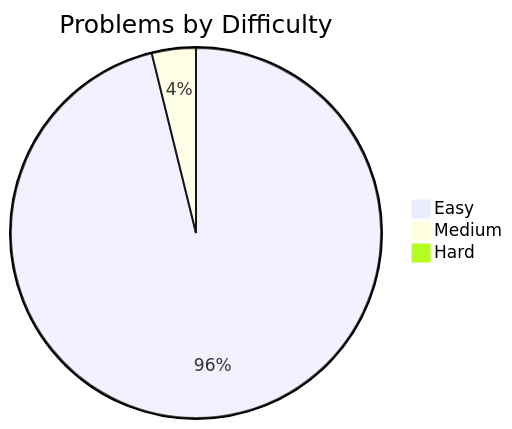
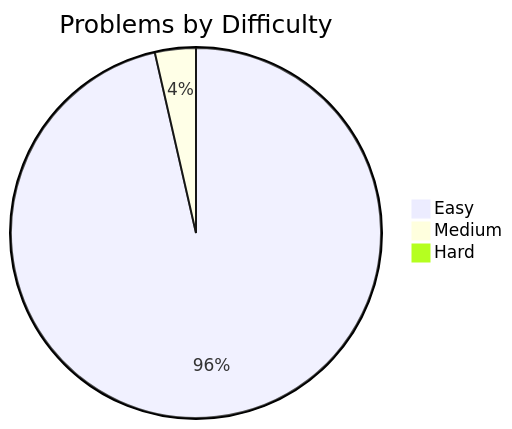
Before and after one commit to davelin18yufan/leetcode-journal: the diagram in README.md, drawn with Mermaid. The commit also changed other lines of this file and 7 other files, not shown here.

````diff
--- a/README.md
+++ b/README.md
@@ -7,7 +7,7 @@
 ```mermaid
 pie
     title Problems by Difficulty
-    "Easy" : 25
+    "Easy" : 27
     "Medium" : 1
     "Hard" : 0
 ```
````
